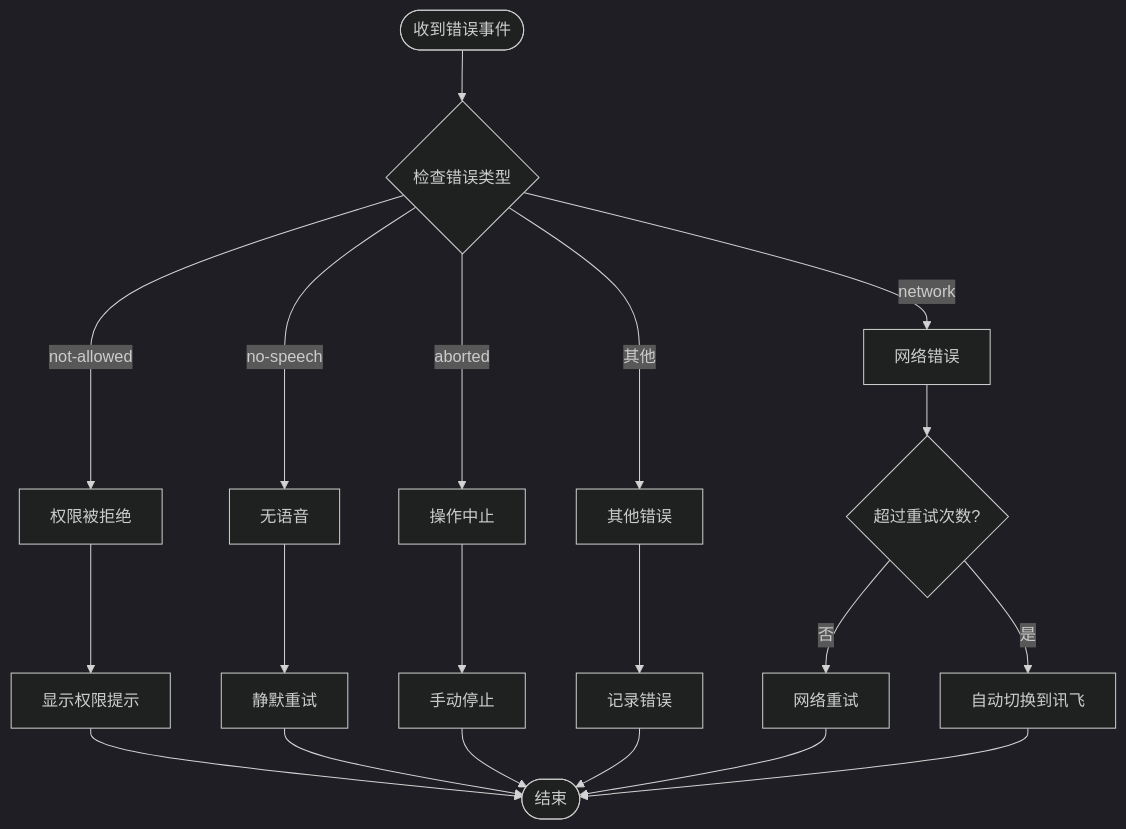
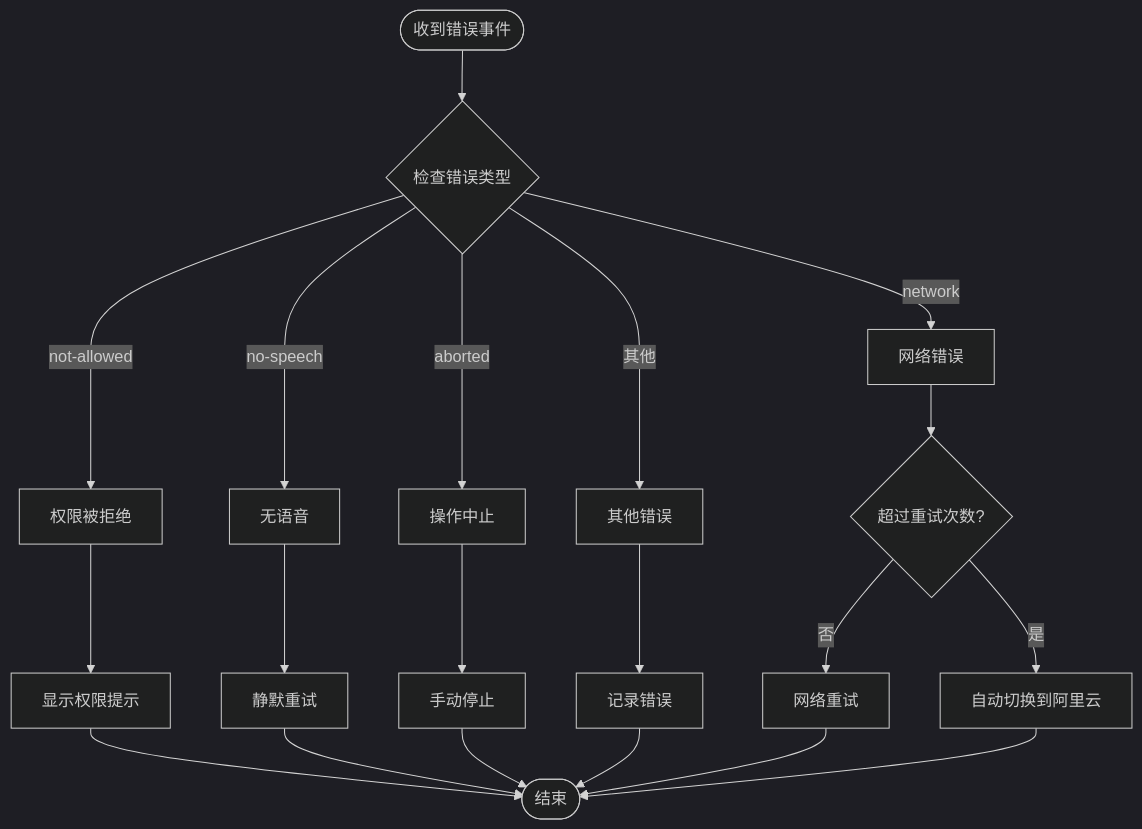
One commit to db300/MySpeechRecognition changed the third of 8 diagrams in .qoder/repowiki/zh/content/故障排除指南/错误处理和调试.md. Above: the diagram before and after it, drawn with Mermaid (dark theme). The commit also changed other lines of this file and 10 other files, not shown here.

````diff
--- a/.qoder/repowiki/zh/content/故障排除指南/错误处理和调试.md
+++ b/.qoder/repowiki/zh/content/故障排除指南/错误处理和调试.md
@@ -136,22 +128,22 @@
 ```mermaid
 flowchart TD
 Start([收到错误事件]) --> CheckError{检查错误类型}
 CheckError --> |not-allowed| PermissionError[权限被拒绝]
 CheckError --> |network| NetworkError[网络错误]
 CheckError --> |no-speech| NoSpeechError[无语音]
 CheckError --> |aborted| AbortedError[操作中止]
 CheckError --> |其他| OtherError[其他错误]
 PermissionError --> ShowPermissionMsg[显示权限提示]
 NetworkError --> CheckRetry{超过重试次数?}
 NoSpeechError --> SilentRetry[静默重试]
 AbortedError --> ManualStop[手动停止]
 OtherError --> LogError[记录错误]
 CheckRetry --> |否| RetryNetwork[网络重试]
-CheckRetry --> |是| AutoSwitch[自动切换到讯飞]
+CheckRetry --> |是| AutoSwitch[自动切换到阿里云]
 ShowPermissionMsg --> End([结束])
 SilentRetry --> End
 ManualStop --> End
 LogError --> End
 RetryNetwork --> End
 AutoSwitch --> End
 ```
````
